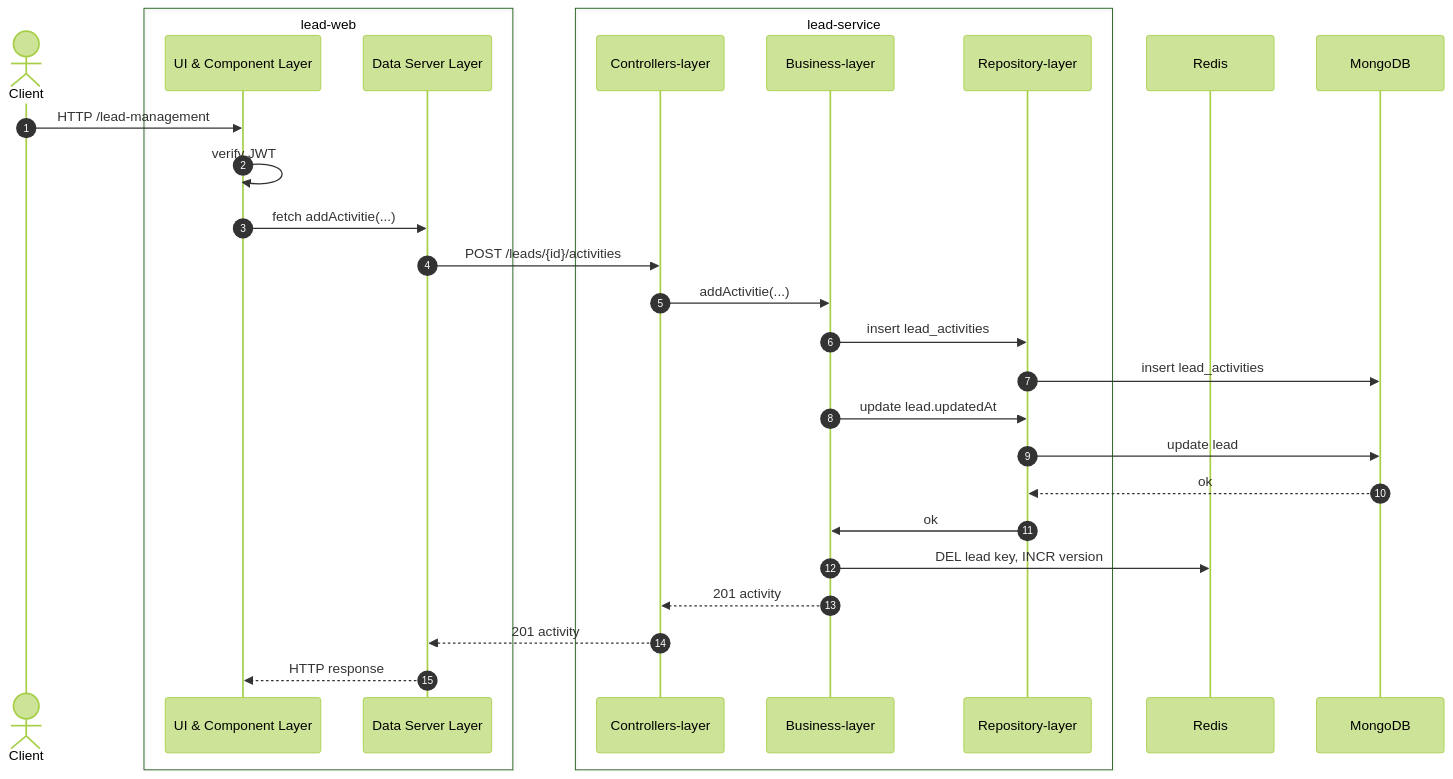
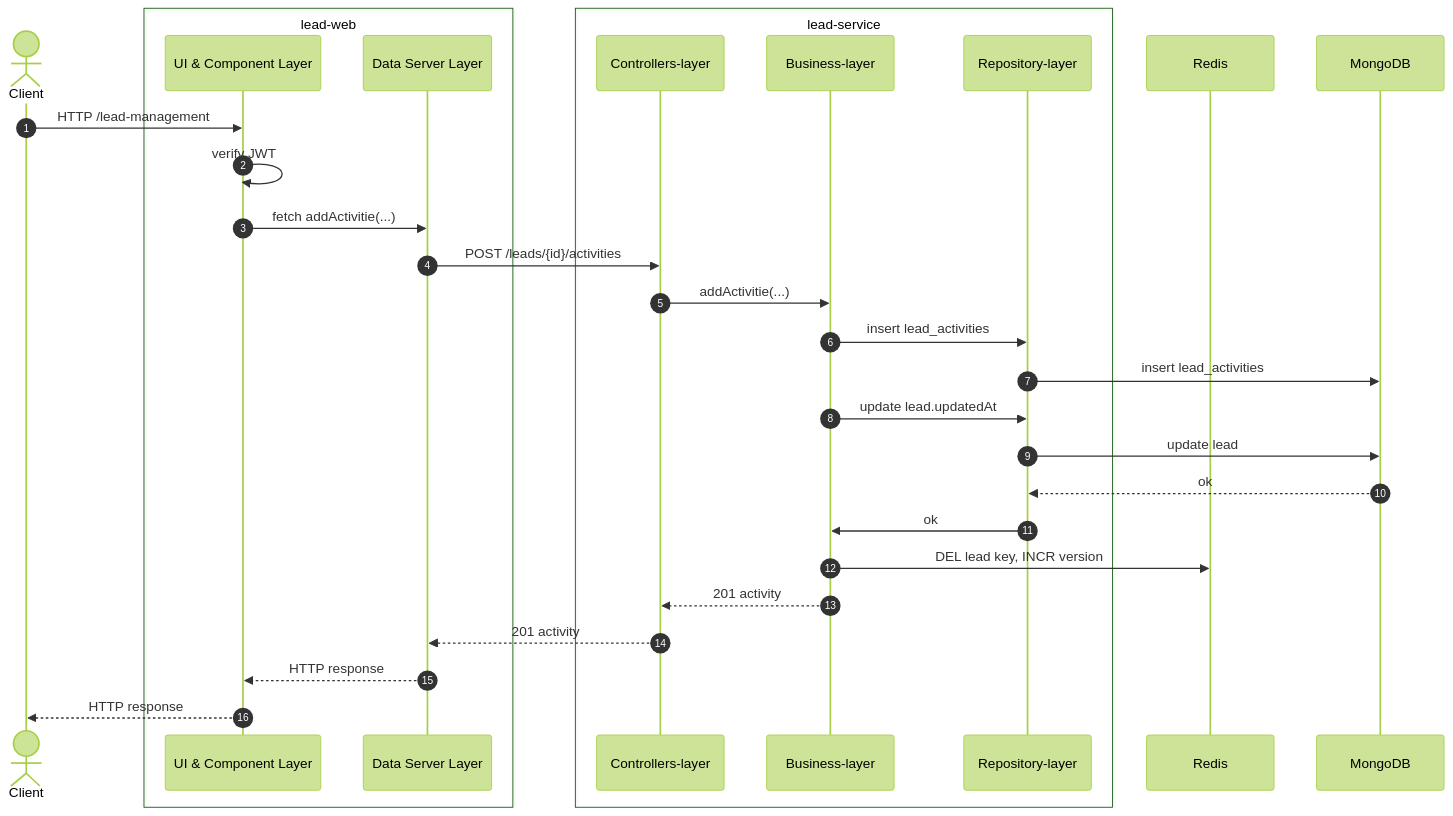
Before and after one commit to quocthuanth92/lead-management-tool: the fourth of 5 diagrams in docs/system-design-architecture.md, drawn with Mermaid (forest theme). The commit also changed other lines of this file and 2 other files, not shown here.

````diff
--- a/docs/system-design-architecture.md
+++ b/docs/system-design-architecture.md
@@ -192,31 +193,32 @@
 ```mermaid
 sequenceDiagram  
     autonumber
     actor C as Client
     box lead-web
     participant ULW as UI & Component Layer 
     participant DLW as Data Server Layer
     end
     box lead-service
     participant CL as Controllers-layer  
     participant BL as Business-layer
     participant RL as Repository-layer 
     end
     participant R as Redis 
     participant M as MongoDB  
     C->>ULW: HTTP /lead-management      
     ULW->>ULW: verify JWT
     ULW->>DLW: fetch addActivitie(...)
     DLW->>CL: POST /leads/{id}/activities  
     CL->>BL: addActivitie(...)  
     BL->>RL: insert lead_activities    
     RL->>M: insert lead_activities
     BL->>RL: update lead.updatedAt  
     RL->>M: update lead
     M-->>RL: ok
     RL->>BL: ok
     BL->>R: DEL lead key, INCR version
     BL-->>CL: 201 activity  
     CL-->>DLW: 201 activity  
-    DLW-->>ULW: HTTP response     
+    DLW-->>ULW: HTTP response
+    ULW-->>C: HTTP response     
 ``` 
````
